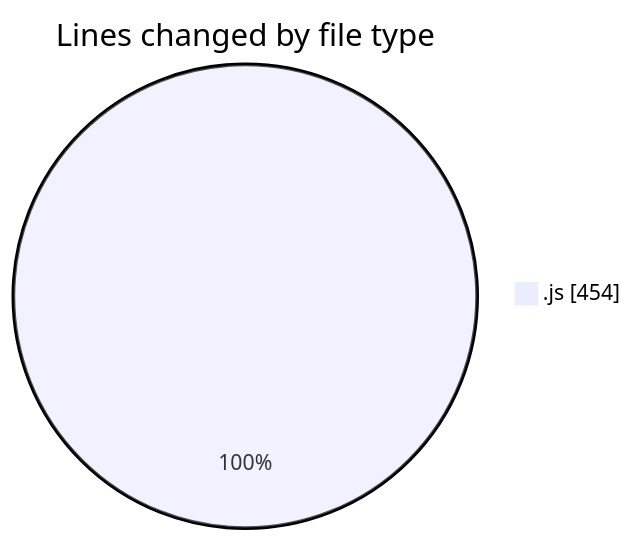
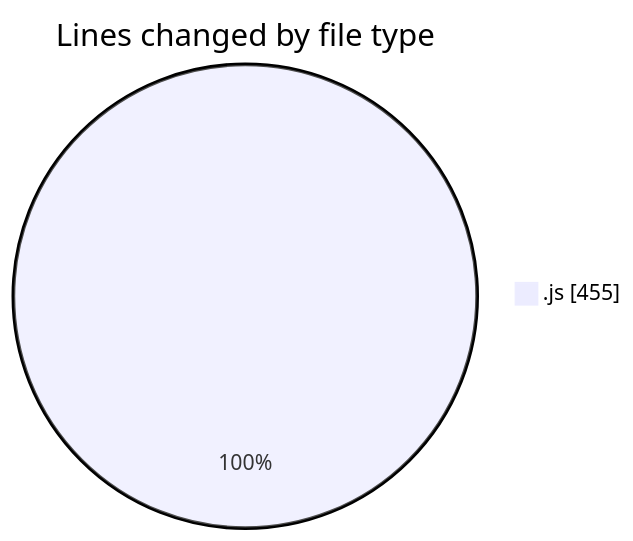
The first of 2 diagrams in 2025-03-11/cda/README.md (momahboobian/code-tracking), drawn with Mermaid before and after one commit. The commit also changed other lines of this file and 1 other file, not shown here.

````diff
--- a/2025-03-11/cda/README.md
+++ b/2025-03-11/cda/README.md
@@ -25,5 +25,5 @@
 ```mermaid
 pie showData
 title Lines changed by file type
-".js" : 454
+".js" : 455
 ```
````
